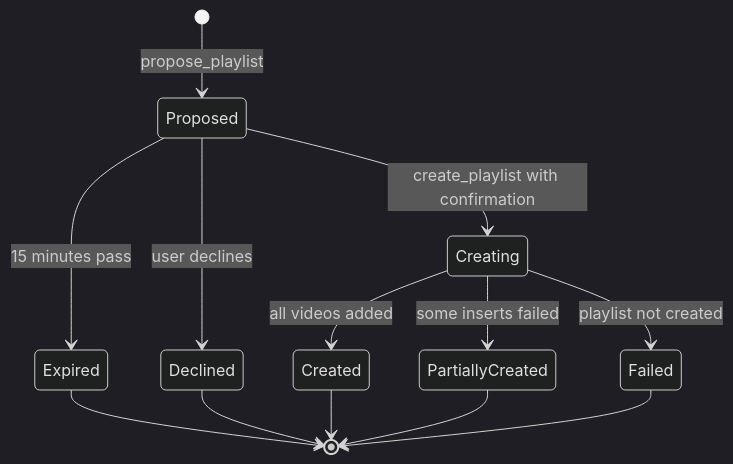
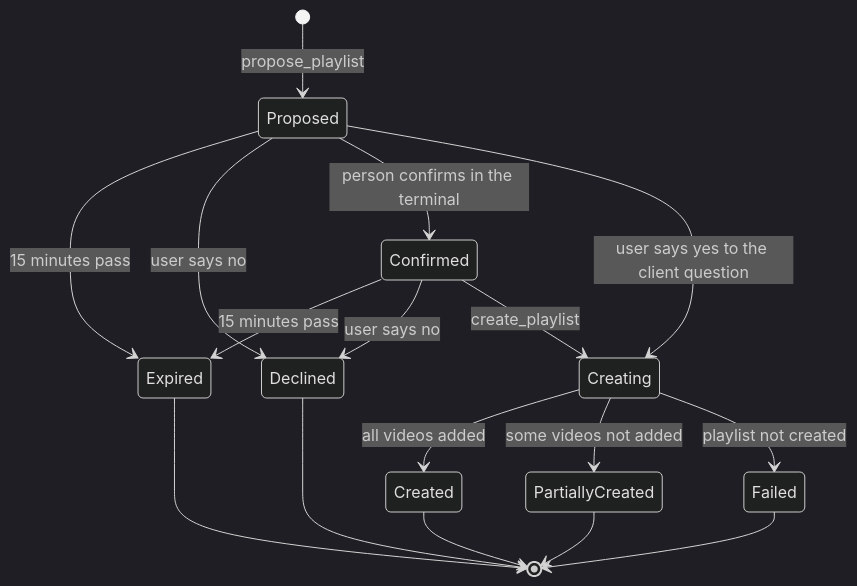
Before and after one commit to Chris-ops4573/Youtube_MCP_Server: the fifth of 5 diagrams in docs/Areas/Design Sequences.md, drawn with Mermaid (dark theme). The commit also changed other lines of this file and 30 other files, not shown here.

````diff
--- a/docs/Areas/Design Sequences.md
+++ b/docs/Areas/Design Sequences.md
@@ -133,15 +145,19 @@
 ```mermaid
 stateDiagram-v2
   [*] --> Proposed: propose_playlist
   Proposed --> Expired: 15 minutes pass
-  Proposed --> Declined: user declines
-  Proposed --> Creating: create_playlist with confirmation
+  Proposed --> Declined: user says no
+  Proposed --> Confirmed: person confirms in the terminal
+  Proposed --> Creating: user says yes to the client question
+  Confirmed --> Expired: 15 minutes pass
+  Confirmed --> Declined: user says no
+  Confirmed --> Creating: create_playlist
   Creating --> Created: all videos added
-  Creating --> PartiallyCreated: some inserts failed
+  Creating --> PartiallyCreated: some videos not added
   Creating --> Failed: playlist not created
   Expired --> [*]
   Declined --> [*]
   Created --> [*]
   PartiallyCreated --> [*]
   Failed --> [*]
 ```
````
